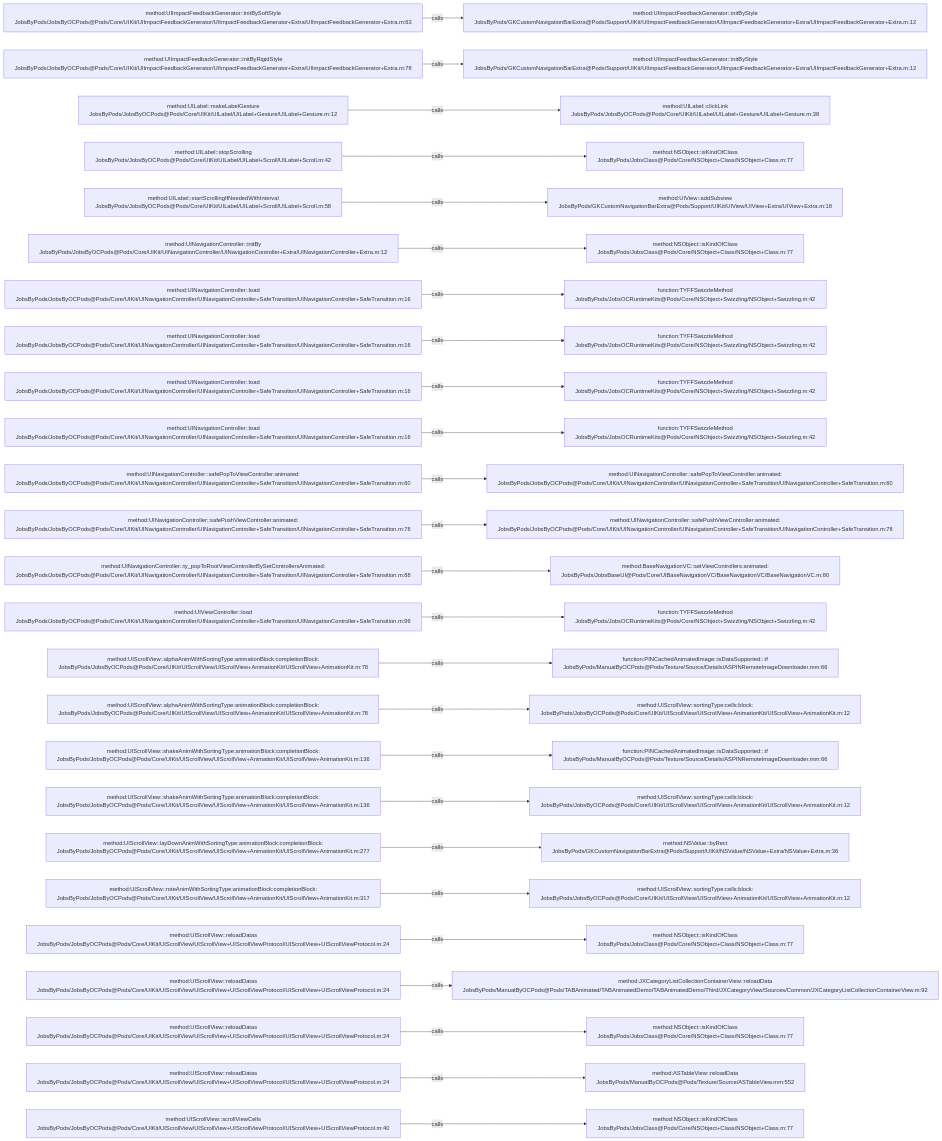
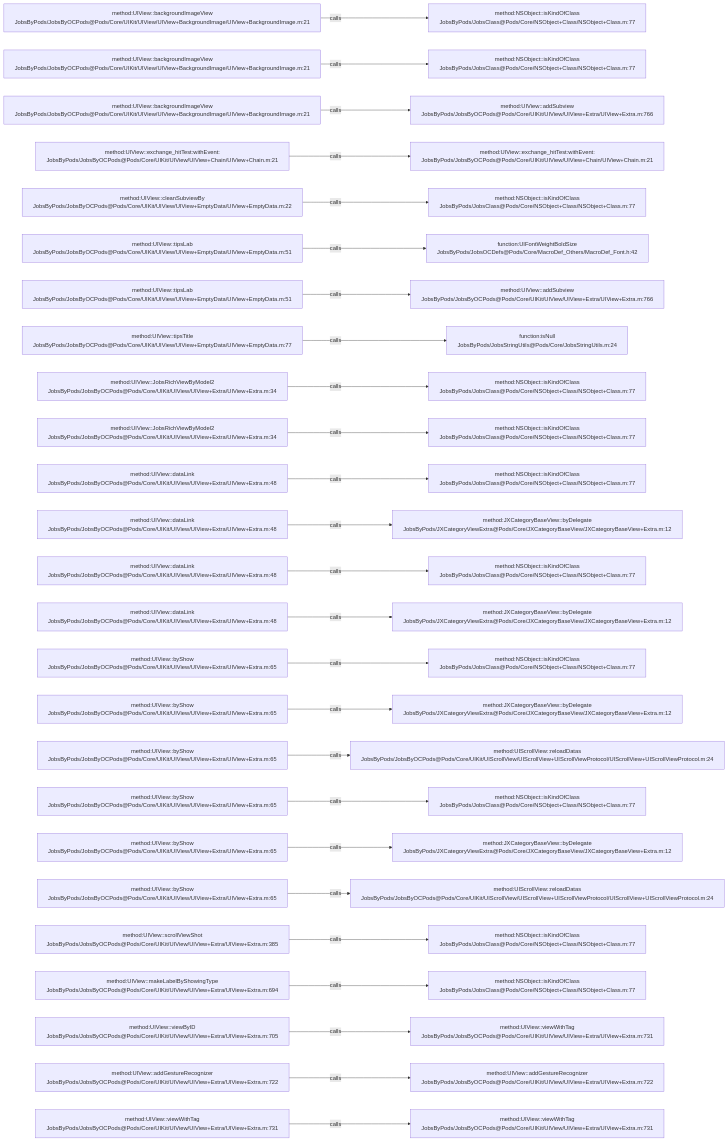
Before and after one commit to JobsKits/JobsOCBaseConfigDemo: the diagram in .codegraph/codegraph.md/graphs/calls-062.md, drawn with Mermaid. The commit also changed 639 other files, not shown here.

````diff
--- a/.codegraph/codegraph.md/graphs/calls-062.md
+++ b/.codegraph/codegraph.md/graphs/calls-062.md
@@ -13,78 +13,78 @@
 ```mermaid
 flowchart LR
-  S1["method:UIImpactFeedbackGenerator::initBySoftStyle<br/>JobsByPods/JobsByOCPods@Pods/Core/UIKit/UIImpactFeedbackGenerator/UIImpactFeedbackGenerator+Extra/UIImpactFeedbackGenerator+Extra.m:63"]
-  T1["method:UIImpactFeedbackGenerator::initByStyle<br/>JobsByPods/GKCustomNavigationBarExtra@Pods/Support/UIKit/UIImpactFeedbackGenerator/UIImpactFeedbackGenerator+Extra/UIImpactFeedbackGenerator+Extra.m:12"]
+  S1["method:UIView::backgroundImageView<br/>JobsByPods/JobsByOCPods@Pods/Core/UIKit/UIView/UIView+BackgroundImage/UIView+BackgroundImage.m:21"]
+  T1["method:NSObject::isKindOfClass<br/>JobsByPods/JobsClass@Pods/Core/NSObject+Class/NSObject+Class.m:77"]
   S1 -->|calls| T1
-  S2["method:UIImpactFeedbackGenerator::initByRigidStyle<br/>JobsByPods/JobsByOCPods@Pods/Core/UIKit/UIImpactFeedbackGenerator/UIImpactFeedbackGenerator+Extra/UIImpactFeedbackGenerator+Extra.m:78"]
-  T2["method:UIImpactFeedbackGenerator::initByStyle<br/>JobsByPods/GKCustomNavigationBarExtra@Pods/Support/UIKit/UIImpactFeedbackGenerator/UIImpactFeedbackGenerator+Extra/UIImpactFeedbackGenerator+Extra.m:12"]
+  S2["method:UIView::backgroundImageView<br/>JobsByPods/JobsByOCPods@Pods/Core/UIKit/UIView/UIView+BackgroundImage/UIView+BackgroundImage.m:21"]
+  T2["method:NSObject::isKindOfClass<br/>JobsByPods/JobsClass@Pods/Core/NSObject+Class/NSObject+Class.m:77"]
   S2 -->|calls| T2
-  S3["method:UILabel::makeLabelGesture<br/>JobsByPods/JobsByOCPods@Pods/Core/UIKit/UILabel/UILabel+Gesture/UILabel+Gesture.m:12"]
-  T3["method:UILabel::clickLink<br/>JobsByPods/JobsByOCPods@Pods/Core/UIKit/UILabel/UILabel+Gesture/UILabel+Gesture.m:38"]
+  S3["method:UIView::backgroundImageView<br/>JobsByPods/JobsByOCPods@Pods/Core/UIKit/UIView/UIView+BackgroundImage/UIView+BackgroundImage.m:21"]
+  T3["method:UIView::addSubview<br/>JobsByPods/JobsByOCPods@Pods/Core/UIKit/UIView/UIView+Extra/UIView+Extra.m:766"]
   S3 -->|calls| T3
-  S4["method:UILabel::stopScrolling<br/>JobsByPods/JobsByOCPods@Pods/Core/UIKit/UILabel/UILabel+Scroll/UILabel+Scroll.m:42"]
-  T4["method:NSObject::isKindOfClass<br/>JobsByPods/JobsClass@Pods/Core/NSObject+Class/NSObject+Class.m:77"]
+  S4["method:UIView::exchange_hitTest:withEvent:<br/>JobsByPods/JobsByOCPods@Pods/Core/UIKit/UIView/UIView+Chain/UIView+Chain.m:21"]
+  T4["method:UIView::exchange_hitTest:withEvent:<br/>JobsByPods/JobsByOCPods@Pods/Core/UIKit/UIView/UIView+Chain/UIView+Chain.m:21"]
   S4 -->|calls| T4
-  S5["method:UILabel::startScrollingIfNeededWithInterval<br/>JobsByPods/JobsByOCPods@Pods/Core/UIKit/UILabel/UILabel+Scroll/UILabel+Scroll.m:58"]
-  T5["method:UIView::addSubview<br/>JobsByPods/GKCustomNavigationBarExtra@Pods/Support/UIKit/UIView/UIView+Extra/UIView+Extra.m:18"]
+  S5["method:UIView::cleanSubviewBy<br/>JobsByPods/JobsByOCPods@Pods/Core/UIKit/UIView/UIView+EmptyData/UIView+EmptyData.m:22"]
+  T5["method:NSObject::isKindOfClass<br/>JobsByPods/JobsClass@Pods/Core/NSObject+Class/NSObject+Class.m:77"]
   S5 -->|calls| T5
-  S6["method:UINavigationController::initBy<br/>JobsByPods/JobsByOCPods@Pods/Core/UIKit/UINavigationController/UINavigationController+Extra/UINavigationController+Extra.m:12"]
-  T6["method:NSObject::isKindOfClass<br/>JobsByPods/JobsClass@Pods/Core/NSObject+Class/NSObject+Class.m:77"]
+  S6["method:UIView::tipsLab<br/>JobsByPods/JobsByOCPods@Pods/Core/UIKit/UIView/UIView+EmptyData/UIView+EmptyData.m:51"]
+  T6["function:UIFontWeightBoldSize<br/>JobsByPods/JobsOCDefs@Pods/Core/MacroDef_Others/MacroDef_Font.h:42"]
   S6 -->|calls| T6
-  S7["method:UINavigationController::load<br/>JobsByPods/JobsByOCPods@Pods/Core/UIKit/UINavigationController/UINavigationController+SafeTransition/UINavigationController+SafeTransition.m:16"]
-  T7["function:TYFFSwizzleMethod<br/>JobsByPods/JobsOCRuntimeKits@Pods/Core/NSObject+Swizzling/NSObject+Swizzling.m:42"]
+  S7["method:UIView::tipsLab<br/>JobsByPods/JobsByOCPods@Pods/Core/UIKit/UIView/UIView+EmptyData/UIView+EmptyData.m:51"]
+  T7["method:UIView::addSubview<br/>JobsByPods/JobsByOCPods@Pods/Core/UIKit/UIView/UIView+Extra/UIView+Extra.m:766"]
   S7 -->|calls| T7
-  S8["method:UINavigationController::load<br/>JobsByPods/JobsByOCPods@Pods/Core/UIKit/UINavigationController/UINavigationController+SafeTransition/UINavigationController+SafeTransition.m:16"]
-  T8["function:TYFFSwizzleMethod<br/>JobsByPods/JobsOCRuntimeKits@Pods/Core/NSObject+Swizzling/NSObject+Swizzling.m:42"]
+  S8["method:UIView::tipsTitle<br/>JobsByPods/JobsByOCPods@Pods/Core/UIKit/UIView/UIView+EmptyData/UIView+EmptyData.m:77"]
+  T8["function:isNull<br/>JobsByPods/JobsStringUtils@Pods/Core/JobsStringUtils.m:24"]
   S8 -->|calls| T8
-  S9["method:UINavigationController::load<br/>JobsByPods/JobsByOCPods@Pods/Core/UIKit/UINavigationController/UINavigationController+SafeTransition/UINavigationController+SafeTransition.m:16"]
-  T9["function:TYFFSwizzleMethod<br/>JobsByPods/JobsOCRuntimeKits@Pods/Core/NSObject+Swizzling/NSObject+Swizzling.m:42"]
+  S9["method:UIView::JobsRichViewByModel2<br/>JobsByPods/JobsByOCPods@Pods/Core/UIKit/UIView/UIView+Extra/UIView+Extra.m:34"]
+  T9["method:NSObject::isKindOfClass<br/>JobsByPods/JobsClass@Pods/Core/NSObject+Class/NSObject+Class.m:77"]
   S9 -->|calls| T9
-  S10["method:UINavigationController::load<br/>JobsByPods/JobsByOCPods@Pods/Core/UIKit/UINavigationController/UINavigationController+SafeTransition/UINavigationController+SafeTransition.m:16"]
-  T10["function:TYFFSwizzleMethod<br/>JobsByPods/JobsOCRuntimeKits@Pods/Core/NSObject+Swizzling/NSObject+Swizzling.m:42"]
+  S10["method:UIView::JobsRichViewByModel2<br/>JobsByPods/JobsByOCPods@Pods/Core/UIKit/UIView/UIView+Extra/UIView+Extra.m:34"]
+  T10["method:NSObject::isKindOfClass<br/>JobsByPods/JobsClass@Pods/Core/NSObject+Class/NSObject+Class.m:77"]
   S10 -->|calls| T10
-  S11["method:UINavigationController::safePopToViewController:animated:<br/>JobsByPods/JobsByOCPods@Pods/Core/UIKit/UINavigationController/UINavigationController+SafeTransition/UINavigationController+SafeTransition.m:60"]
-  T11["method:UINavigationController::safePopToViewController:animated:<br/>JobsByPods/JobsByOCPods@Pods/Core/UIKit/UINavigationController/UINavigationController+SafeTransition/UINavigationController+SafeTransition.m:60"]
+  S11["method:UIView::dataLink<br/>JobsByPods/JobsByOCPods@Pods/Core/UIKit/UIView/UIView+Extra/UIView+Extra.m:48"]
+  T11["method:NSObject::isKindOfClass<br/>JobsByPods/JobsClass@Pods/Core/NSObject+Class/NSObject+Class.m:77"]
   S11 -->|calls| T11
-  S12["method:UINavigationController::safePushViewController:animated:<br/>JobsByPods/JobsByOCPods@Pods/Core/UIKit/UINavigationController/UINavigationController+SafeTransition/UINavigationController+SafeTransition.m:78"]
-  T12["method:UINavigationController::safePushViewController:animated:<br/>JobsByPods/JobsByOCPods@Pods/Core/UIKit/UINavigationController/UINavigationController+SafeTransition/UINavigationController+SafeTransition.m:78"]
+  S12["method:UIView::dataLink<br/>JobsByPods/JobsByOCPods@Pods/Core/UIKit/UIView/UIView+Extra/UIView+Extra.m:48"]
+  T12["method:JXCategoryBaseView::byDelegate<br/>JobsByPods/JXCategoryViewExtra@Pods/Core/JXCategoryBaseView/JXCategoryBaseView+Extra.m:12"]
   S12 -->|calls| T12
-  S13["method:UINavigationController::ty_popToRootViewControllerBySetControllersAnimated:<br/>JobsByPods/JobsByOCPods@Pods/Core/UIKit/UINavigationController/UINavigationController+SafeTransition/UINavigationController+SafeTransition.m:88"]
-  T13["method:BaseNavigationVC::setViewControllers:animated:<br/>JobsByPods/JobsBaseUI@Pods/Core/UIBaseNavigationVC/BaseNavigationVC/BaseNavigationVC.m:80"]
+  S13["method:UIView::dataLink<br/>JobsByPods/JobsByOCPods@Pods/Core/UIKit/UIView/UIView+Extra/UIView+Extra.m:48"]
+  T13["method:NSObject::isKindOfClass<br/>JobsByPods/JobsClass@Pods/Core/NSObject+Class/NSObject+Class.m:77"]
   S13 -->|calls| T13
-  S14["method:UIViewController::load<br/>JobsByPods/JobsByOCPods@Pods/Core/UIKit/UINavigationController/UINavigationController+SafeTransition/UINavigationController+SafeTransition.m:99"]
-  T14["function:TYFFSwizzleMethod<br/>JobsByPods/JobsOCRuntimeKits@Pods/Core/NSObject+Swizzling/NSObject+Swizzling.m:42"]
+  S14["method:UIView::dataLink<br/>JobsByPods/JobsByOCPods@Pods/Core/UIKit/UIView/UIView+Extra/UIView+Extra.m:48"]
+  T14["method:JXCategoryBaseView::byDelegate<br/>JobsByPods/JXCategoryViewExtra@Pods/Core/JXCategoryBaseView/JXCategoryBaseView+Extra.m:12"]
   S14 -->|calls| T14
-  S15["method:UIScrollView::alphaAnimWithSortingType:animationBlock:completionBlock:<br/>JobsByPods/JobsByOCPods@Pods/Core/UIKit/UIScrollView/UIScrollView+AnimationKit/UIScrollView+AnimationKit.m:78"]
-  T15["function:PINCachedAnimatedImage::isDataSupported:::if<br/>JobsByPods/ManualByOCPods@Pods/Texture/Source/Details/ASPINRemoteImageDownloader.mm:66"]
+  S15["method:UIView::byShow<br/>JobsByPods/JobsByOCPods@Pods/Core/UIKit/UIView/UIView+Extra/UIView+Extra.m:65"]
+  T15["method:NSObject::isKindOfClass<br/>JobsByPods/JobsClass@Pods/Core/NSObject+Class/NSObject+Class.m:77"]
   S15 -->|calls| T15
-  S16["method:UIScrollView::alphaAnimWithSortingType:animationBlock:completionBlock:<br/>JobsByPods/JobsByOCPods@Pods/Core/UIKit/UIScrollView/UIScrollView+AnimationKit/UIScrollView+AnimationKit.m:78"]
-  T16["method:UIScrollView::sortingType:cells:block:<br/>JobsByPods/JobsByOCPods@Pods/Core/UIKit/UIScrollView/UIScrollView+AnimationKit/UIScrollView+AnimationKit.m:12"]
+  S16["method:UIView::byShow<br/>JobsByPods/JobsByOCPods@Pods/Core/UIKit/UIView/UIView+Extra/UIView+Extra.m:65"]
+  T16["method:JXCategoryBaseView::byDelegate<br/>JobsByPods/JXCategoryViewExtra@Pods/Core/JXCategoryBaseView/JXCategoryBaseView+Extra.m:12"]
   S16 -->|calls| T16
-  S17["method:UIScrollView::shakeAnimWithSortingType:animationBlock:completionBlock:<br/>JobsByPods/JobsByOCPods@Pods/Core/UIKit/UIScrollView/UIScrollView+AnimationKit/UIScrollView+AnimationKit.m:136"]
-  T17["function:PINCachedAnimatedImage::isDataSupported:::if<br/>JobsByPods/ManualByOCPods@Pods/Texture/Source/Details/ASPINRemoteImageDownloader.mm:66"]
+  S17["method:UIView::byShow<br/>JobsByPods/JobsByOCPods@Pods/Core/UIKit/UIView/UIView+Extra/UIView+Extra.m:65"]
+  T17["method:UIScrollView::reloadDatas<br/>JobsByPods/JobsByOCPods@Pods/Core/UIKit/UIScrollView/UIScrollView+UIScrollViewProtocol/UIScrollView+UIScrollViewProtocol.m:24"]
   S17 -->|calls| T17
-  S18["method:UIScrollView::shakeAnimWithSortingType:animationBlock:completionBlock:<br/>JobsByPods/JobsByOCPods@Pods/Core/UIKit/UIScrollView/UIScrollView+AnimationKit/UIScrollView+AnimationKit.m:136"]
-  T18["method:UIScrollView::sortingType:cells:block:<br/>JobsByPods/JobsByOCPods@Pods/Core/UIKit/UIScrollView/UIScrollView+AnimationKit/UIScrollView+AnimationKit.m:12"]
+  S18["method:UIView::byShow<br/>JobsByPods/JobsByOCPods@Pods/Core/UIKit/UIView/UIView+Extra/UIView+Extra.m:65"]
+  T18["method:NSObject::isKindOfClass<br/>JobsByPods/JobsClass@Pods/Core/NSObject+Class/NSObject+Class.m:77"]
   S18 -->|calls| T18
-  S19["method:UIScrollView::layDownAnimWithSortingType:animationBlock:completionBlock:<br/>JobsByPods/JobsByOCPods@Pods/Core/UIKit/UIScrollView/UIScrollView+AnimationKit/UIScrollView+AnimationKit.m:277"]
-  T19["method:NSValue::byRect<br/>JobsByPods/GKCustomNavigationBarExtra@Pods/Support/UIKit/NSValue/NSValue+Extra/NSValue+Extra.m:36"]
+  S19["method:UIView::byShow<br/>JobsByPods/JobsByOCPods@Pods/Core/UIKit/UIView/UIView+Extra/UIView+Extra.m:65"]
+  T19["method:JXCategoryBaseView::byDelegate<br/>JobsByPods/JXCategoryViewExtra@Pods/Core/JXCategoryBaseView/JXCategoryBaseView+Extra.m:12"]
   S19 -->|calls| T19
-  S20["method:UIScrollView::roteAnimWithSortingType:animationBlock:completionBlock:<br/>JobsByPods/JobsByOCPods@Pods/Core/UIKit/UIScrollView/UIScrollView+AnimationKit/UIScrollView+AnimationKit.m:317"]
-  T20["method:UIScrollView::sortingType:cells:block:<br/>JobsByPods/JobsByOCPods@Pods/Core/UIKit/UIScrollView/UIScrollView+AnimationKit/UIScrollView+AnimationKit.m:12"]
+  S20["method:UIView::byShow<br/>JobsByPods/JobsByOCPods@Pods/Core/UIKit/UIView/UIView+Extra/UIView+Extra.m:65"]
+  T20["method:UIScrollView::reloadDatas<br/>JobsByPods/JobsByOCPods@Pods/Core/UIKit/UIScrollView/UIScrollView+UIScrollViewProtocol/UIScrollView+UIScrollViewProtocol.m:24"]
   S20 -->|calls| T20
-  S21["method:UIScrollView::reloadDatas<br/>JobsByPods/JobsByOCPods@Pods/Core/UIKit/UIScrollView/UIScrollView+UIScrollViewProtocol/UIScrollView+UIScrollViewProtocol.m:24"]
+  S21["method:UIView::scrollViewShot<br/>JobsByPods/JobsByOCPods@Pods/Core/UIKit/UIView/UIView+Extra/UIView+Extra.m:385"]
   T21["method:NSObject::isKindOfClass<br/>JobsByPods/JobsClass@Pods/Core/NSObject+Class/NSObject+Class.m:77"]
   S21 -->|calls| T21
-  S22["method:UIScrollView::reloadDatas<br/>JobsByPods/JobsByOCPods@Pods/Core/UIKit/UIScrollView/UIScrollView+UIScrollViewProtocol/UIScrollView+UIScrollViewProtocol.m:24"]
-  T22["method:JXCategoryListCollectionContainerView::reloadData<br/>JobsByPods/ManualByOCPods@Pods/TABAnimated/TABAnimatedDemo/TABAnimatedDemo/Third/JXCategoryView/Sources/Common/JXCategoryListCollectionContainerView.m:92"]
+  S22["method:UIView::makeLabelByShowingType<br/>JobsByPods/JobsByOCPods@Pods/Core/UIKit/UIView/UIView+Extra/UIView+Extra.m:694"]
+  T22["method:NSObject::isKindOfClass<br/>JobsByPods/JobsClass@Pods/Core/NSObject+Class/NSObject+Class.m:77"]
   S22 -->|calls| T22
-  S23["method:UIScrollView::reloadDatas<br/>JobsByPods/JobsByOCPods@Pods/Core/UIKit/UIScrollView/UIScrollView+UIScrollViewProtocol/UIScrollView+UIScrollViewProtocol.m:24"]
-  T23["method:NSObject::isKindOfClass<br/>JobsByPods/JobsClass@Pods/Core/NSObject+Class/NSObject+Class.m:77"]
+  S23["method:UIView::viewByID<br/>JobsByPods/JobsByOCPods@Pods/Core/UIKit/UIView/UIView+Extra/UIView+Extra.m:705"]
+  T23["method:UIView::viewWithTag<br/>JobsByPods/JobsByOCPods@Pods/Core/UIKit/UIView/UIView+Extra/UIView+Extra.m:731"]
   S23 -->|calls| T23
-  S24["method:UIScrollView::reloadDatas<br/>JobsByPods/JobsByOCPods@Pods/Core/UIKit/UIScrollView/UIScrollView+UIScrollViewProtocol/UIScrollView+UIScrollViewProtocol.m:24"]
-  T24["method:ASTableView::reloadData<br/>JobsByPods/ManualByOCPods@Pods/Texture/Source/ASTableView.mm:552"]
+  S24["method:UIView::addGestureRecognizer<br/>JobsByPods/JobsByOCPods@Pods/Core/UIKit/UIView/UIView+Extra/UIView+Extra.m:722"]
+  T24["method:UIView::addGestureRecognizer<br/>JobsByPods/JobsByOCPods@Pods/Core/UIKit/UIView/UIView+Extra/UIView+Extra.m:722"]
   S24 -->|calls| T24
-  S25["method:UIScrollView::scrollViewCells<br/>JobsByPods/JobsByOCPods@Pods/Core/UIKit/UIScrollView/UIScrollView+UIScrollViewProtocol/UIScrollView+UIScrollViewProtocol.m:40"]
-  T25["method:NSObject::isKindOfClass<br/>JobsByPods/JobsClass@Pods/Core/NSObject+Class/NSObject+Class.m:77"]
+  S25["method:UIView::viewWithTag<br/>JobsByPods/JobsByOCPods@Pods/Core/UIKit/UIView/UIView+Extra/UIView+Extra.m:731"]
+  T25["method:UIView::viewWithTag<br/>JobsByPods/JobsByOCPods@Pods/Core/UIKit/UIView/UIView+Extra/UIView+Extra.m:731"]
   S25 -->|calls| T25
 ```
````
